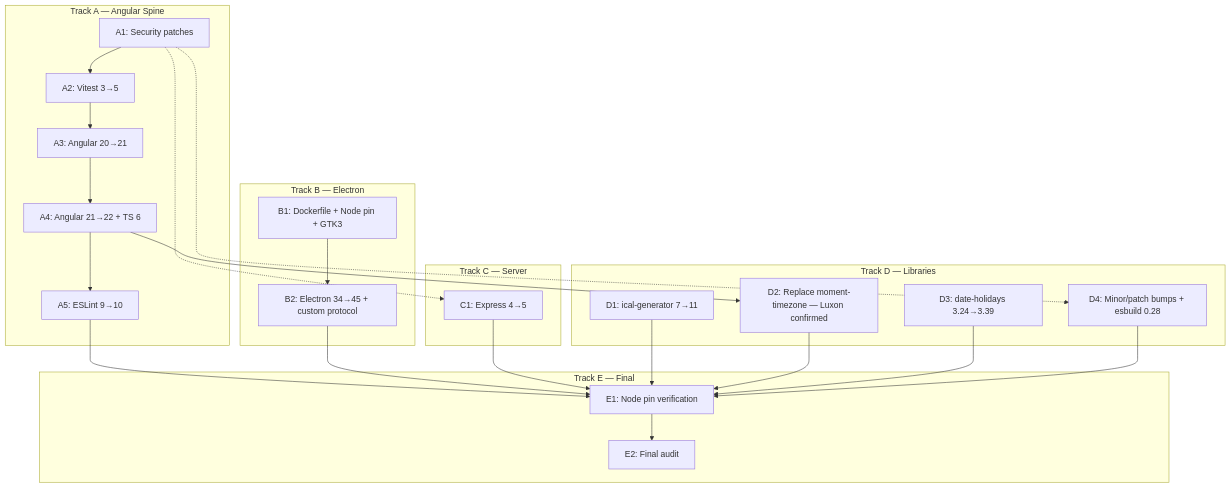
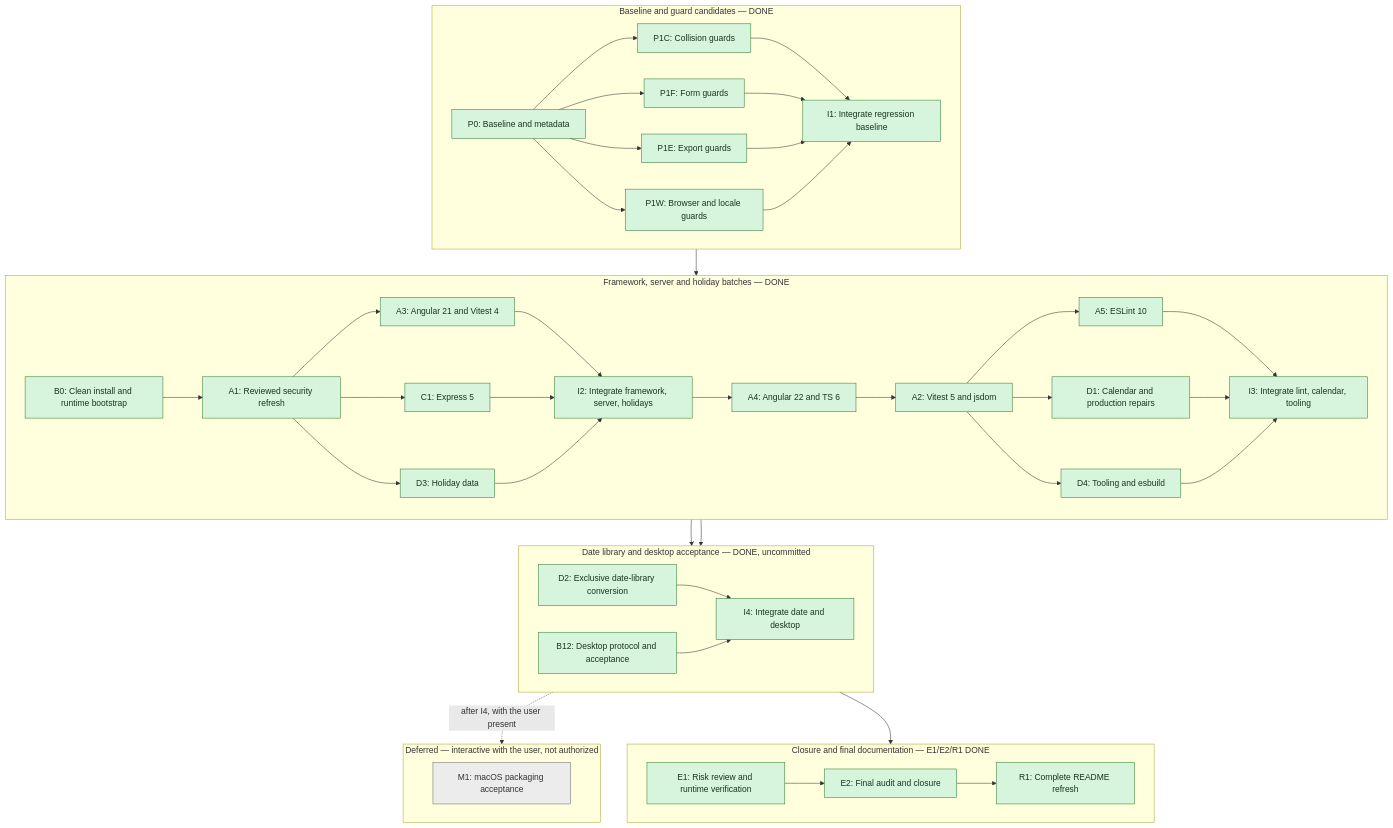
Before and after one commit to viegelinsch/duely: the diagram in docs/TODO_UPGRADES.md, drawn with Mermaid. The commit also changed other lines of this file and 60 other files, not shown here.

First line of the commit message:
build: complete the dependency upgrade cycle and refresh the docs

````diff
--- a/docs/TODO_UPGRADES.md
+++ b/docs/TODO_UPGRADES.md
@@ -359,41 +2180,90 @@
 ```mermaid
 graph TD
-    subgraph "Track A — Angular Spine"
-        A1[A1: Security patches] --> A2[A2: Vitest 3→5]
-        A2 --> A3[A3: Angular 20→21]
-        A3 --> A4[A4: Angular 21→22 + TS 6]
-        A4 --> A5[A5: ESLint 9→10]
+    subgraph baseline ["Baseline and guard candidates — DONE"]
+        direction LR
+        P0["P0: Baseline and metadata"]
+        P1C["P1C: Collision guards"]
+        P1F["P1F: Form guards"]
+        P1E["P1E: Export guards"]
+        P1W["P1W: Browser and locale guards"]
+        I1["I1: Integrate regression baseline"]
     end
 
-    subgraph "Track B — Electron"
-        B1[B1: Dockerfile + Node pin + GTK3] --> B2[B2: Electron 34→45 + custom protocol]
+    subgraph framework ["Framework, server and holiday batches — DONE"]
+        direction LR
+        B0["B0: Clean install and runtime bootstrap"]
+        A1["A1: Reviewed security refresh"]
+        A3["A3: Angular 21 and Vitest 4"]
+        C1["C1: Express 5"]
+        D3["D3: Holiday data"]
+        I2["I2: Integrate framework, server, holidays"]
+        A4["A4: Angular 22 and TS 6"]
+        A2["A2: Vitest 5 and jsdom"]
+        A5["A5: ESLint 10"]
+        D1["D1: Calendar and production repairs"]
+        D4["D4: Tooling and esbuild"]
+        I3["I3: Integrate lint, calendar, tooling"]
     end
 
-    subgraph "Track C — Server"
-        C1[C1: Express 4→5]
+    subgraph dateDesktop ["Date library and desktop acceptance — DONE, uncommitted"]
+        direction LR
+        D2["D2: Exclusive date-library conversion"]
+        B12["B12: Desktop protocol and acceptance"]
+        I4["I4: Integrate date and desktop"]
     end
 
-    subgraph "Track D — Libraries"
-        D1[D1: ical-generator 7→11]
-        D2[D2: Replace moment-timezone — Luxon confirmed]
-        D3[D3: date-holidays 3.24→3.39]
-        D4[D4: Minor/patch bumps + esbuild 0.28]
+    subgraph closure ["Closure and final documentation — E1/E2/R1 DONE"]
+        direction LR
+        E1["E1: Risk review and runtime verification"]
+        E2["E2: Final audit and closure"]
+        R1["R1: Complete README refresh"]
     end
 
-    subgraph "Track E — Final"
-        E1[E1: Node pin verification]
-        E2[E2: Final audit]
+    subgraph deferred ["Deferred — interactive with the user, not authorized"]
+        direction LR
+        M1["M1: macOS packaging acceptance"]
     end
 
-    A1 -.-> C1
-    A1 -.-> D4
-    A4 --> D2
-    A5 --> E1
-    B2 --> E1
-    C1 --> E1
-    D1 --> E1
-    D2 --> E1
-    D3 --> E1
-    D4 --> E1
+    P0 --> P1C
+    P0 --> P1F
+    P0 --> P1E
+    P0 --> P1W
+    P1C --> I1
+    P1F --> I1
+    P1E --> I1
+    P1W --> I1
+
+    I1 --> B0
+    B0 --> A1
+    A1 --> A3
+    A1 --> C1
+    A1 --> D3
+    A3 --> I2
+    C1 --> I2
+    D3 --> I2
+    I2 --> A4
+    A4 --> A2
+    A2 --> A5
+    A2 --> D1
+    A2 --> D4
+    A5 --> I3
+    D1 --> I3
+    D4 --> I3
+
+    I3 --> D2
+    I3 --> B12
+    D2 --> I4
+    B12 --> I4
+
+    I4 --> E1
     E1 --> E2
+    E2 --> R1
+
+    I4 -.->|after I4, with the user present| M1
+
+    classDef done fill:#d7f5dd,stroke:#2e7d32,color:#17351b
+    classDef todo fill:#fff3cc,stroke:#a68b00,color:#463a00
+    classDef deferred fill:#ececec,stroke:#6f6f6f,color:#333333
+    class P0,P1C,P1F,P1E,P1W,I1,B0,A1,A3,C1,D3,I2,A4,A2,A5,D1,D4,I3,D2,B12,I4,E1,E2,R1 done
+    class M1 deferred
 ```
````
